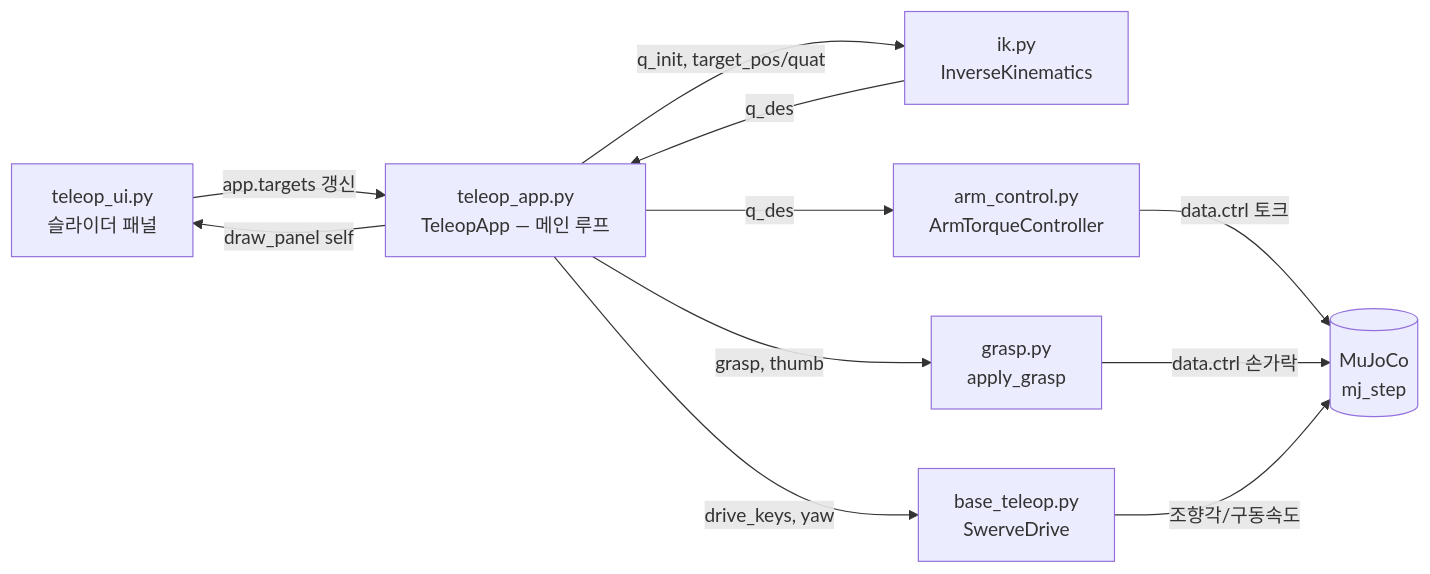
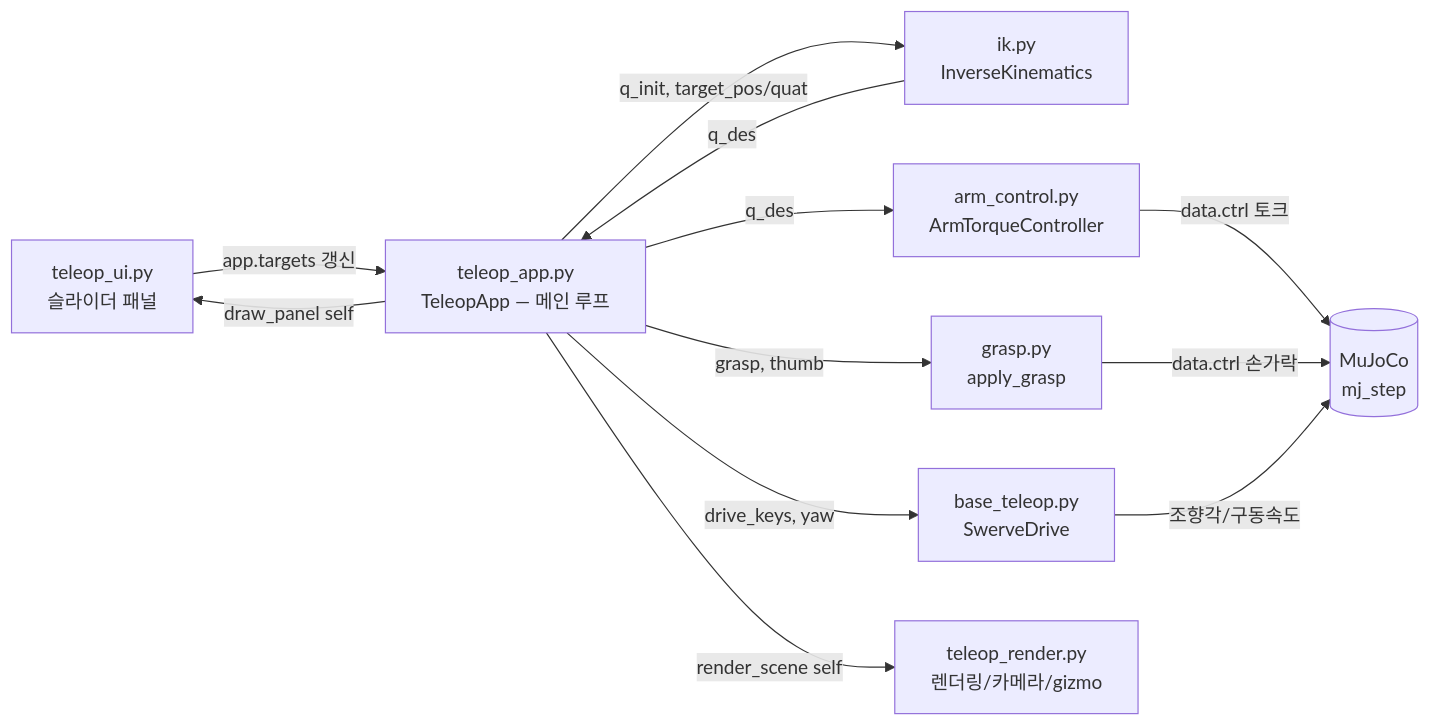
Before and after one commit to ggh-png/ffw-sh5-grasp: the diagram in docs/guide/index.md, drawn with Mermaid. The commit also changed other lines of this file and 8 other files, not shown here.

First line of the commit message:
Refactor rendering and UI structure in teleop_app

````diff
--- a/docs/guide/index.md
+++ b/docs/guide/index.md
@@ -15,13 +15,14 @@
 ```mermaid
 graph LR
     UI["teleop_ui.py<br/>슬라이더 패널"] -->|app.targets 갱신| APP
     APP["teleop_app.py<br/>TeleopApp — 메인 루프"] -->|draw_panel self| UI
     APP -->|"q_init, target_pos/quat"| IK["ik.py<br/>InverseKinematics"]
     IK -->|q_des| APP
     APP -->|"q_des"| ARM["arm_control.py<br/>ArmTorqueController"]
     ARM -->|"data.ctrl 토크"| PHYS[(MuJoCo<br/>mj_step)]
     APP -->|"grasp, thumb"| GRASP["grasp.py<br/>apply_grasp"]
     GRASP -->|"data.ctrl 손가락"| PHYS
     APP -->|"drive_keys, yaw"| BASE["base_teleop.py<br/>SwerveDrive"]
     BASE -->|"조향각/구동속도"| PHYS
+    APP -->|"render_scene self"| RENDER["teleop_render.py<br/>렌더링/카메라/gizmo"]
 ```
````
